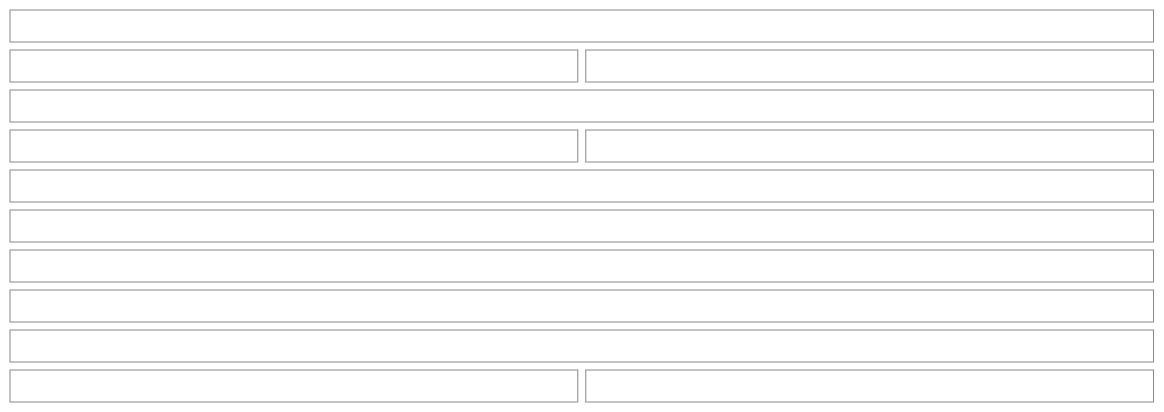
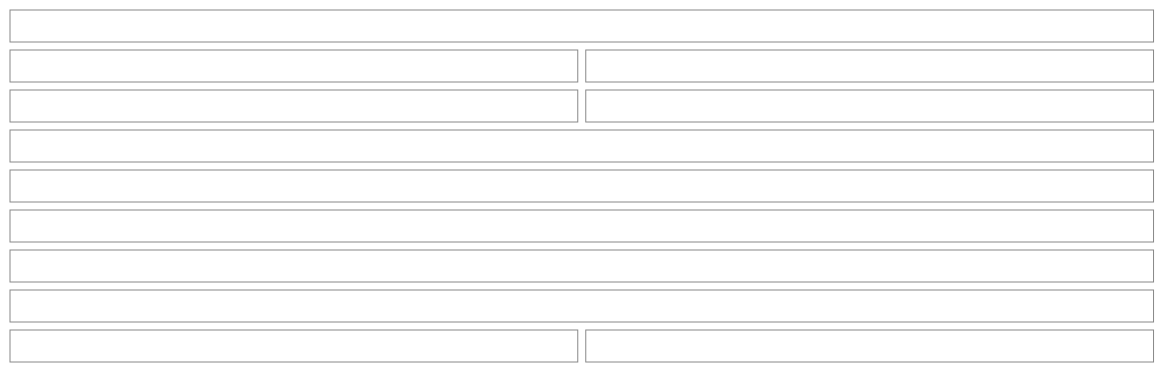
Diagram 34 of 60 in src/apps/pinch/UX.md (NovaMoonX/moondreams-dev-apps), drawn with Mermaid before and after one commit. The commit also changed other lines of this file and 76 other files, not shown here.

````diff
--- a/src/apps/pinch/UX.md
+++ b/src/apps/pinch/UX.md
@@ -1146,31 +1179,29 @@
 ```mermaid
 %%{init: {'theme': 'base', 'themeVariables': {'primaryColor': 'transparent', 'primaryBorderColor': '#888888', 'primaryTextColor': '#333333', 'lineColor': '#888888'}}}%%
 block-beta
   columns 2
   K1["‹ Adobo chicken & 1 more                🎙 (only where the browser can listen)"]:2
-  K1b["Adobo chicken  (dish card, on screen)"]:1
+  K1b["Adobo chicken  (slim dish, on screen)"]:1
   K1c["Cilantro lime rice · Step 1 of 2"]:1
-  K1n["📝 Oct 13: …Next time double the garlic  ⌄"]:2
-  K4["Step 2 of 3  ▬▬▬▬───"]:1
+    K4["Step 2 of 3  ▬▬▬▬───"]:1
   K3["☰ Ingredients"]:1
   K5["Simmer everything with the bay leaves and pepper, covered, for 25 minutes."]:2
   K6["⏲️ Timer · 25:00   ▶ Start"]:2
-  K5b["For this step · Bay leaves 2 · Black pepper 1 tsp  (quieter tinted block)"]:2
+  K5b["For this step · 2 items · Bay leaves 2, Black pepper 1 tsp  ⌃  (tray above Back and Next, opens in place)"]:2
   K7v["● Listening ⌄  Say “next” or “how much garlic”  (or Heard “next”, or Garlic: 6; the chip says Waiting, or the time left; only while voice is on, above the pills)"]:2
   K7["12:41 Marinate the chicken · 4:59 Add the vinegar  (timers in the background; a tap shows one)"]:2
   K8["Back"]:1
   K9["Next"]:1
   style K1 fill:transparent,stroke:#888888,stroke-width:1px;
   style K1b fill:transparent,stroke:#888888,stroke-width:1px;
   style K1c fill:transparent,stroke:#888888,stroke-width:1px;
-  style K1n fill:transparent,stroke:#888888,stroke-width:1px;
   style K3 fill:transparent,stroke:#888888,stroke-width:1px;
   style K4 fill:transparent,stroke:#888888,stroke-width:1px;
   style K5 fill:transparent,stroke:#888888,stroke-width:1px;
   style K5b fill:transparent,stroke:#888888,stroke-width:1px;
   style K6 fill:transparent,stroke:#888888,stroke-width:1px;
   style K7 fill:transparent,stroke:#888888,stroke-width:1px;
   style K7v fill:transparent,stroke:#888888,stroke-width:1px;
   style K8 fill:transparent,stroke:#888888,stroke-width:1px;
   style K9 fill:transparent,stroke:#888888,stroke-width:1px;
 ```
````
